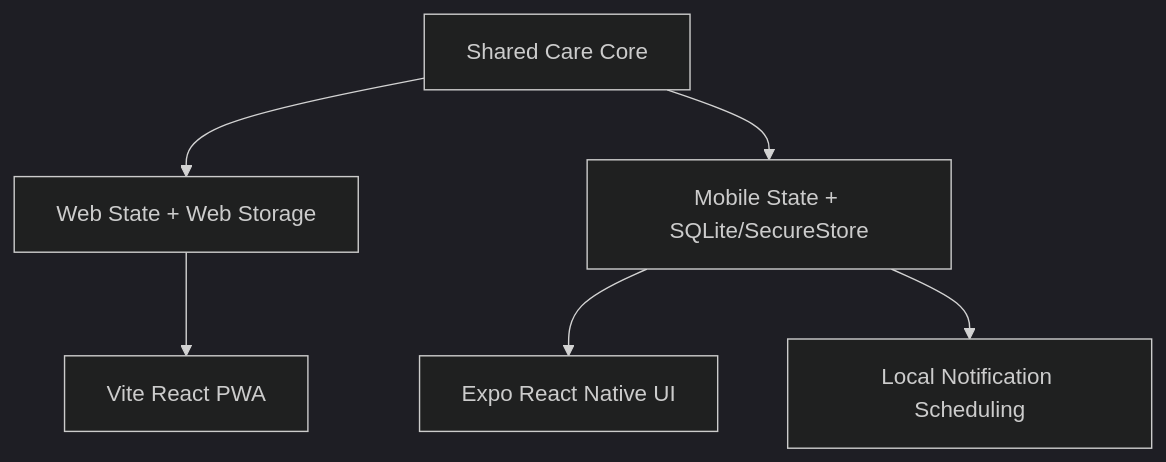
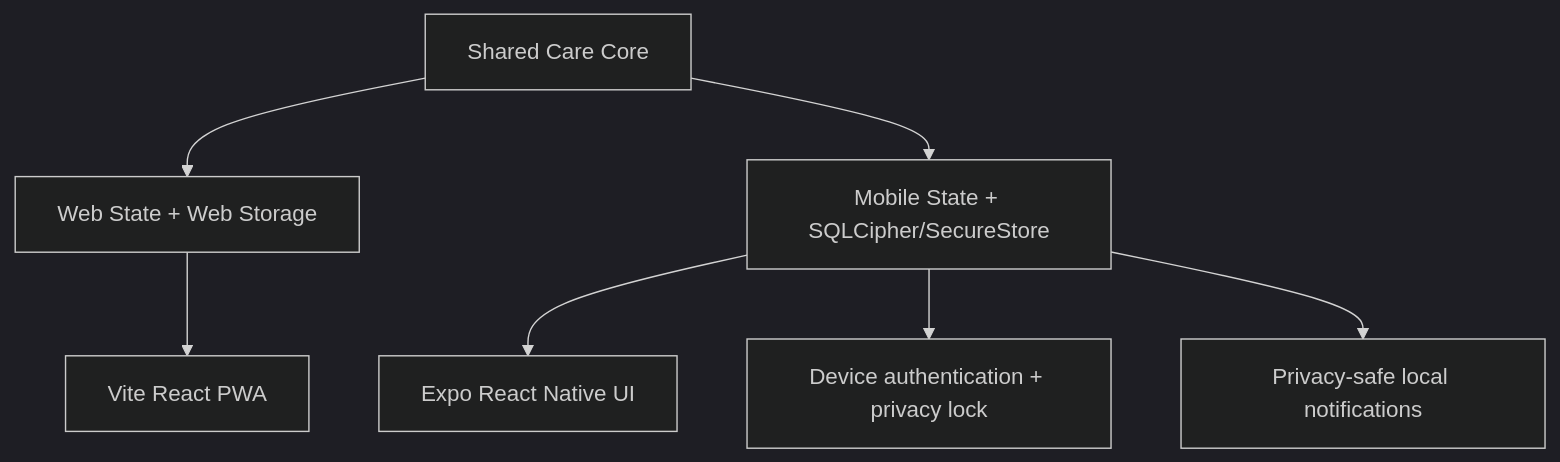
One commit to sinmb79/careguardian-ai changed the second of 2 diagrams in README.en.md. Above: the diagram before and after it, drawn with Mermaid (dark theme). The commit also changed other lines of this file and 73 other files, not shown here.

````diff
--- a/README.en.md
+++ b/README.en.md
@@ -30,8 +30,9 @@
 ```mermaid
 flowchart TD
   Core["Shared Care Core"] --> WebState["Web State + Web Storage"]
-  Core --> MobileState["Mobile State + SQLite/SecureStore"]
+  Core --> MobileState["Mobile State + SQLCipher/SecureStore"]
   WebState --> WebUI["Vite React PWA"]
   MobileState --> MobileUI["Expo React Native UI"]
-  MobileState --> MobileNotify["Local Notification Scheduling"]
+  MobileState --> MobileAuth["Device authentication + privacy lock"]
+  MobileState --> MobileNotify["Privacy-safe local notifications"]
 ```
````
